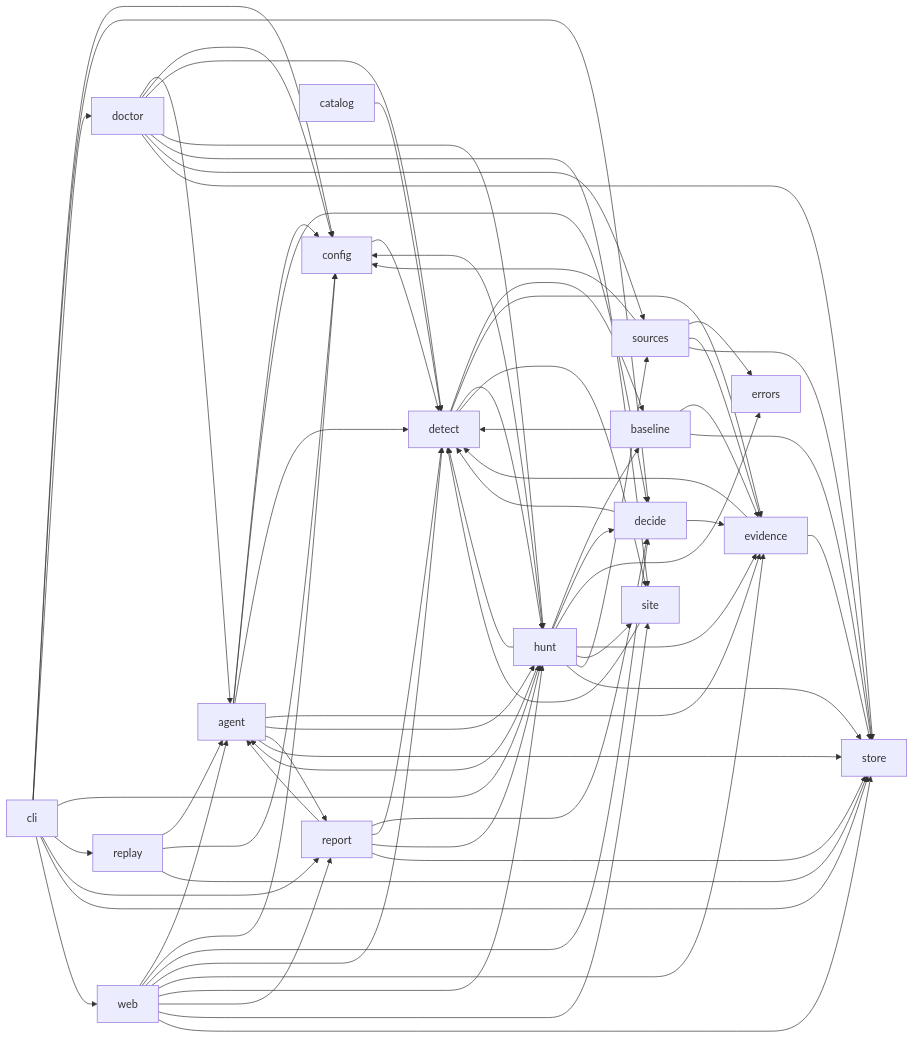
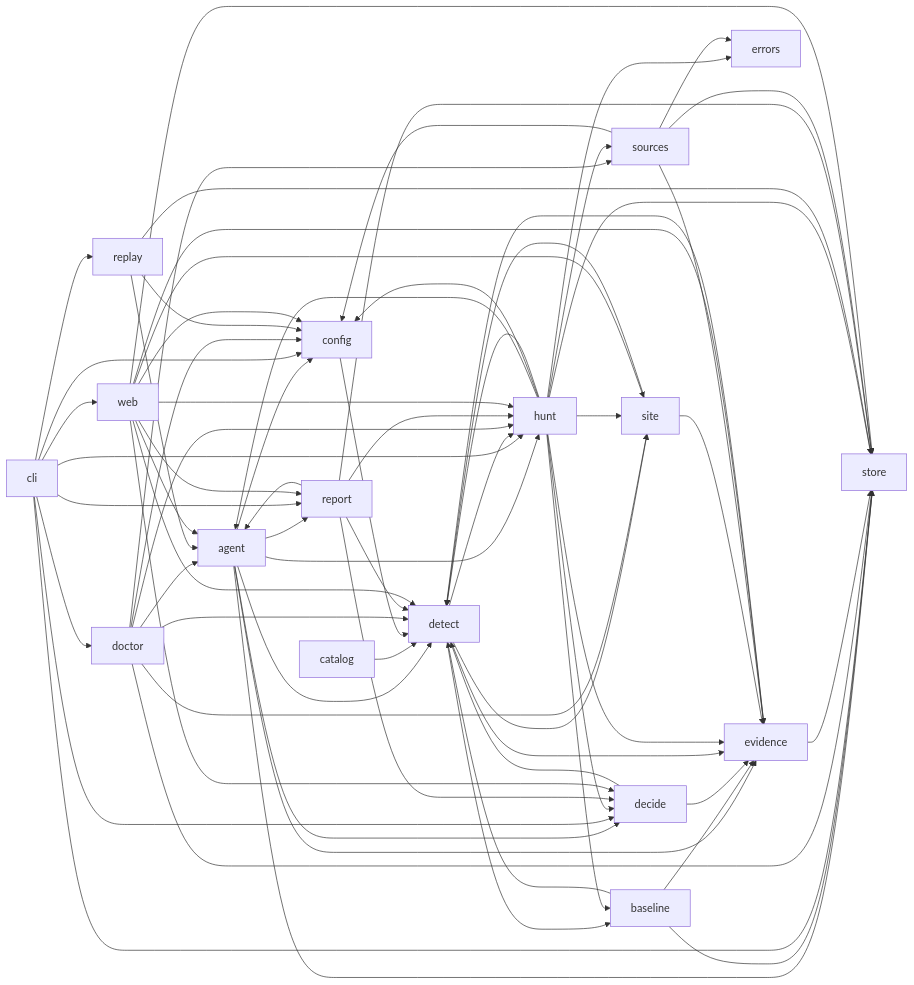
One commit to nickthabib-cloud/ROMULUS changed the diagram in docs/architecture/MODULE_MAP.md. Above: the diagram before and after it, drawn with Mermaid. The commit also changed other lines of this file and 53 other files, not shown here.

````diff
--- a/docs/architecture/MODULE_MAP.md
+++ b/docs/architecture/MODULE_MAP.md
@@ -210,70 +217,71 @@
 ```mermaid
 graph LR
   agent --> config
   agent --> decide
   agent --> detect
   agent --> evidence
   agent --> hunt
   agent --> report
   agent --> store
   baseline --> detect
   baseline --> evidence
   baseline --> store
   catalog --> detect
   cli --> config
   cli --> decide
   cli --> doctor
   cli --> hunt
   cli --> replay
   cli --> report
   cli --> store
   cli --> web
   config --> detect
   decide --> detect
   decide --> evidence
   detect --> baseline
   detect --> evidence
   detect --> hunt
   detect --> site
   doctor --> agent
   doctor --> config
   doctor --> detect
   doctor --> hunt
   doctor --> site
   doctor --> sources
   doctor --> store
   evidence --> detect
   evidence --> store
   hunt --> agent
   hunt --> baseline
   hunt --> config
   hunt --> decide
   hunt --> detect
   hunt --> errors
   hunt --> evidence
   hunt --> site
   hunt --> sources
   hunt --> store
   replay --> agent
   replay --> config
   replay --> store
   report --> agent
   report --> decide
   report --> detect
   report --> hunt
   report --> store
   site --> detect
+  site --> evidence
   sources --> config
   sources --> errors
   sources --> evidence
   sources --> store
   web --> agent
   web --> config
   web --> decide
   web --> detect
   web --> evidence
   web --> hunt
   web --> report
   web --> site
   web --> store
 ```
````
